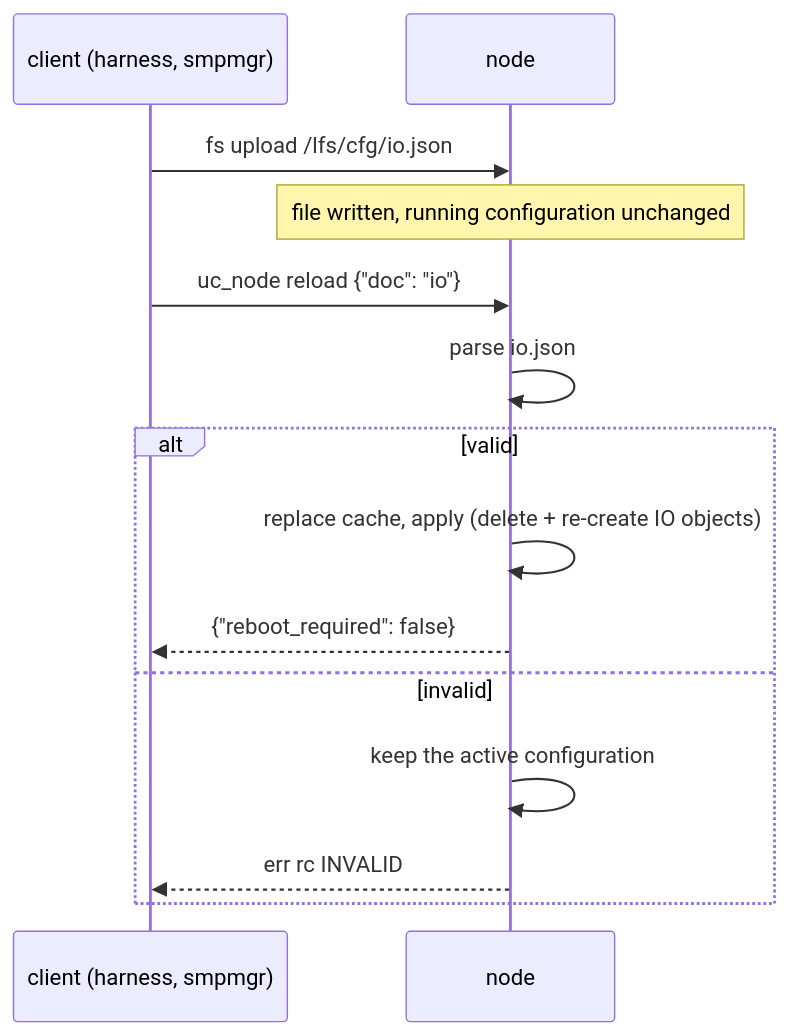
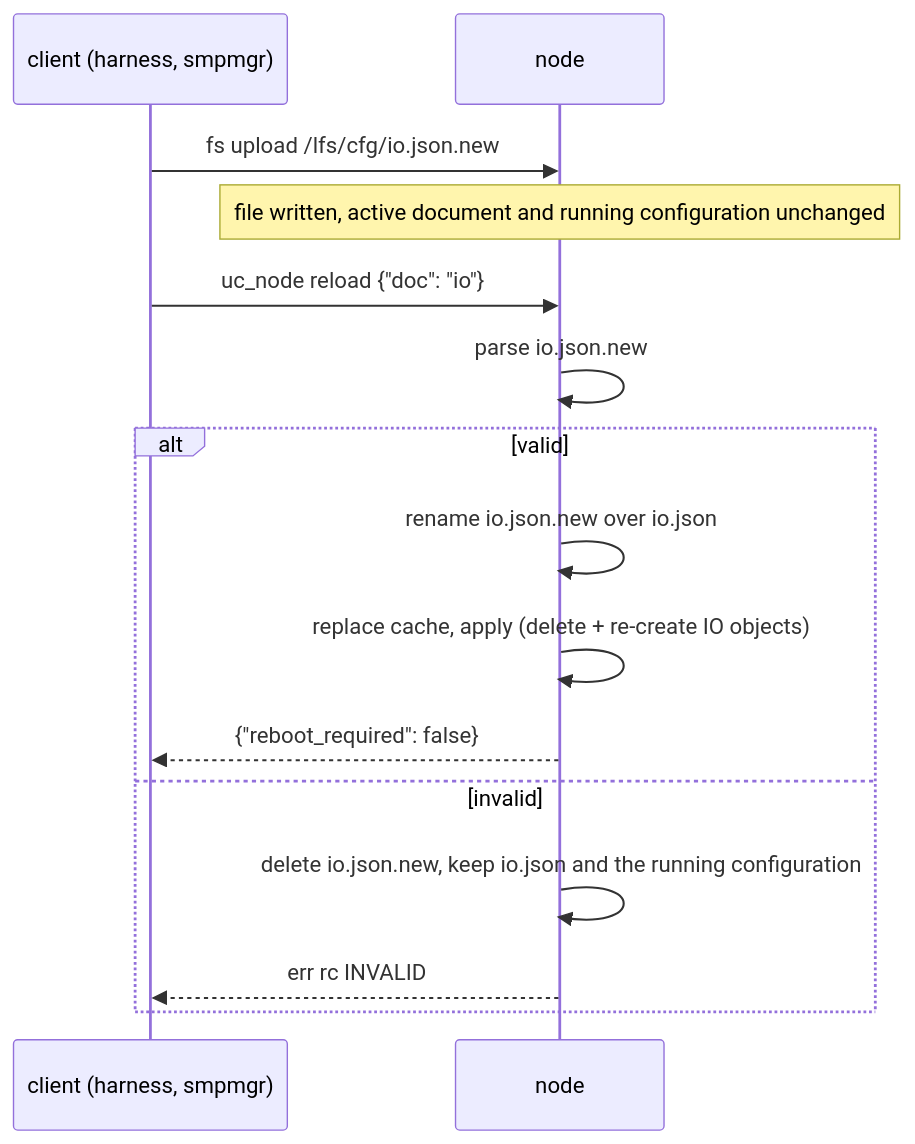
Before and after one commit to IlijaVorontsov/BACNet-uc: the diagram in docs/configuration.md, drawn with Mermaid. The commit also changed other lines of this file and 120 other files, not shown here.

````diff
--- a/docs/configuration.md
+++ b/docs/configuration.md
@@ -163,16 +185,17 @@
 ```mermaid
 sequenceDiagram
     participant C as client (harness, smpmgr)
     participant N as node
-    C->>N: fs upload /lfs/cfg/io.json
-    Note over N: file written, running configuration unchanged
+    C->>N: fs upload /lfs/cfg/io.json.new
+    Note over N: file written, active document and running configuration unchanged
     C->>N: uc_node reload {"doc": "io"}
-    N->>N: parse io.json
+    N->>N: parse io.json.new
     alt valid
+        N->>N: rename io.json.new over io.json
         N->>N: replace cache, apply (delete + re-create IO objects)
         N-->>C: {"reboot_required": false}
     else invalid
-        N->>N: keep the active configuration
+        N->>N: delete io.json.new, keep io.json and the running configuration
         N-->>C: err rc INVALID
     end
 ```
````
